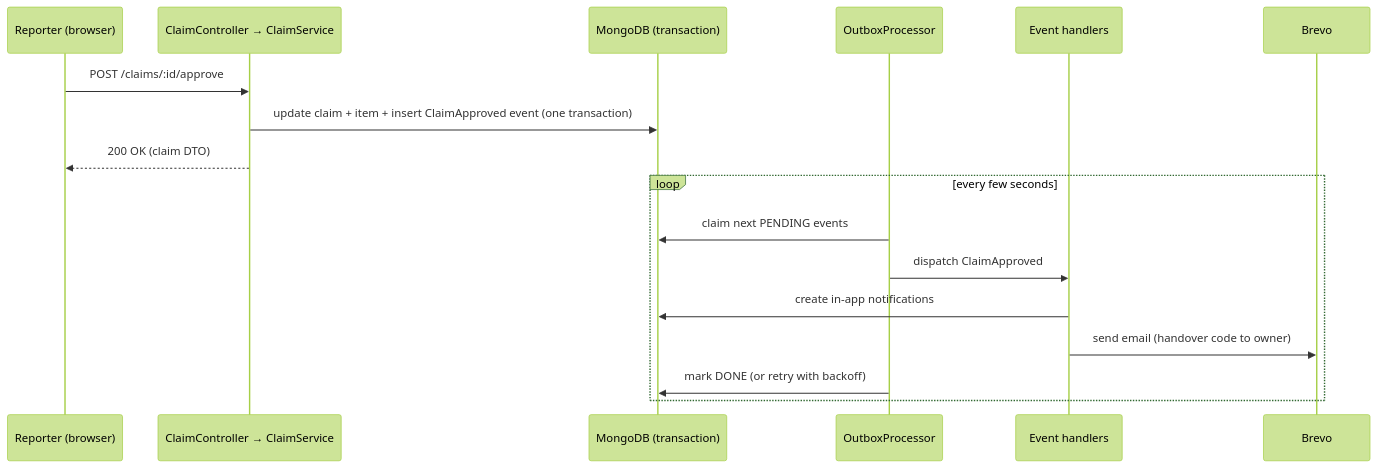
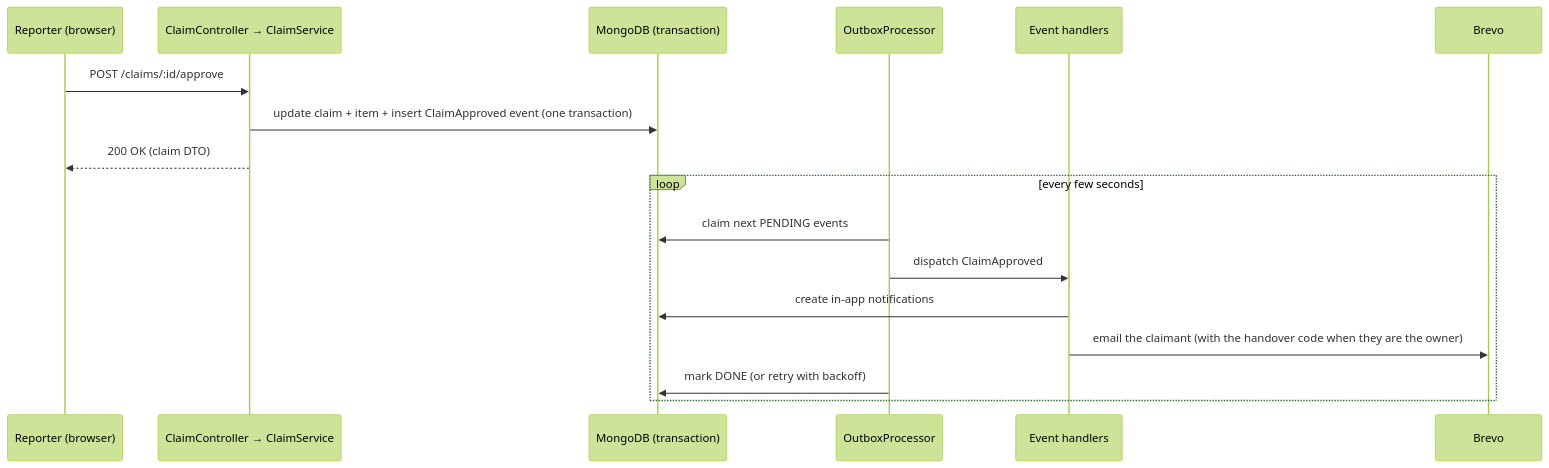
One commit to nox-pie/RU-Lost-Found changed the fourth of 4 diagrams in docs/architecture/backend.md. Above: the diagram before and after it, drawn with Mermaid (forest theme). The commit also changed other lines of this file and 1 other file, not shown here.

First line of the commit message:
docs: bring the design documents in line with the code

````diff
--- a/docs/architecture/backend.md
+++ b/docs/architecture/backend.md
@@ -326,20 +362,20 @@
 ```mermaid
 sequenceDiagram
     participant R as Reporter (browser)
     participant API as ClaimController → ClaimService
     participant DB as MongoDB (transaction)
     participant W as OutboxProcessor
     participant H as Event handlers
     participant E as Brevo
 
     R->>API: POST /claims/:id/approve
     API->>DB: update claim + item + insert ClaimApproved event (one transaction)
     API-->>R: 200 OK (claim DTO)
     loop every few seconds
         W->>DB: claim next PENDING events
         W->>H: dispatch ClaimApproved
         H->>DB: create in-app notifications
-        H->>E: send email (handover code to owner)
+        H->>E: email the claimant (with the handover code when they are the owner)
         W->>DB: mark DONE (or retry with backoff)
     end
 ```
````
